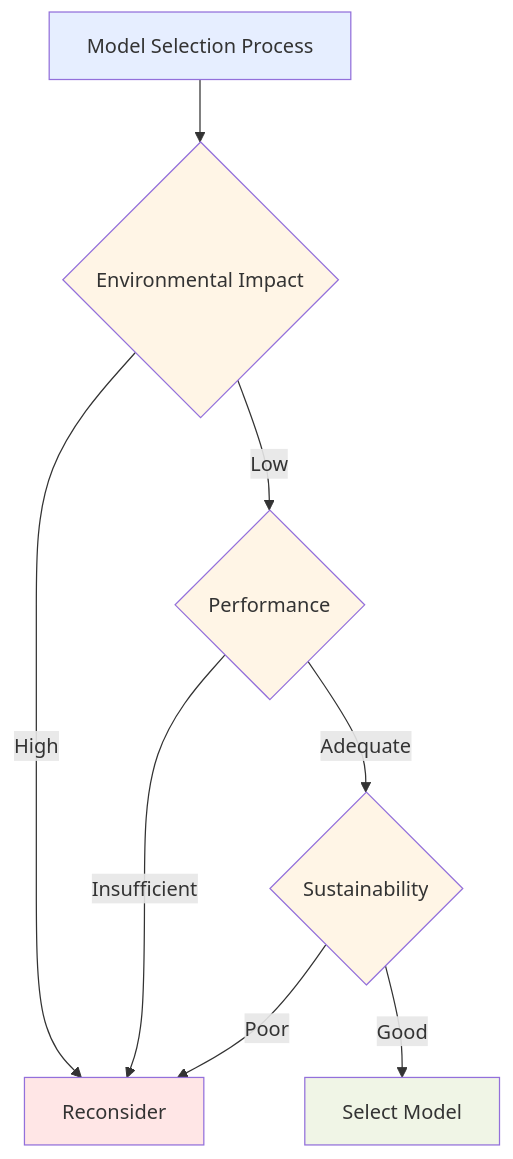
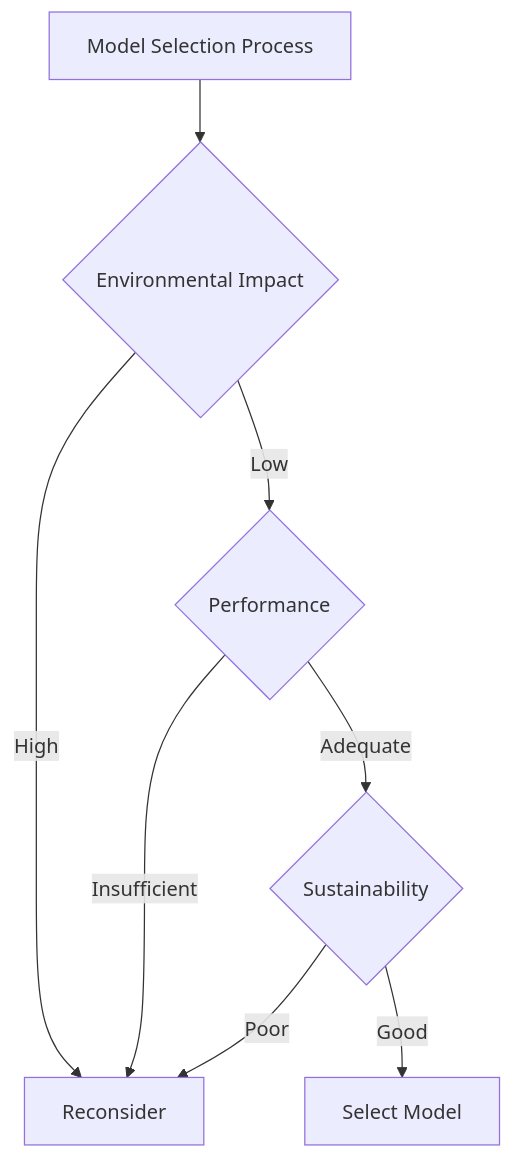
One commit to CloudCityPress/aws-aif-c01 changed the third of 6 diagrams in english/40_10_Responsible_AI_Systems.md. Above: the diagram before and after it, drawn with Mermaid. The commit also changed other lines of this file and 16 other files, not shown here.

Commit message:
updating Mermaids

````diff
--- a/english/40_10_Responsible_AI_Systems.md
+++ b/english/40_10_Responsible_AI_Systems.md
@@ -108,16 +105,10 @@
 ```mermaid
 flowchart TD
     A[Model Selection Process] --> B{Environmental Impact}
     B -->|High| C[Reconsider]
     B -->|Low| D{Performance}
     D -->|Insufficient| C
     D -->|Adequate| E{Sustainability}
     E -->|Poor| C
     E -->|Good| F[Select Model]
-    style A fill:#e6eeff
-    style B fill:#fff5e6
-    style C fill:#ffe6e6
-    style D fill:#fff5e6
-    style E fill:#fff5e6
-    style F fill:#f0f5e6
 ```
````
